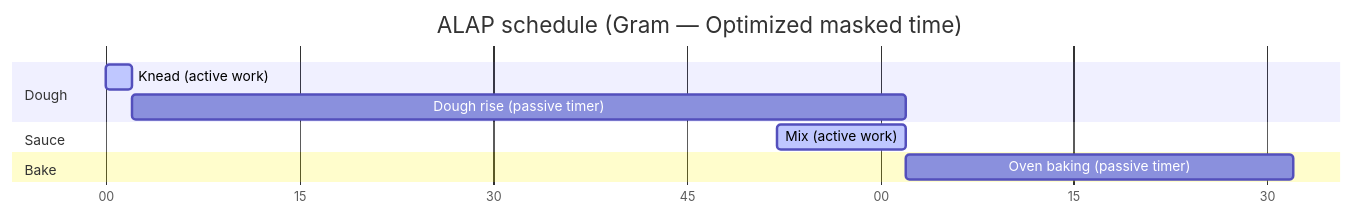
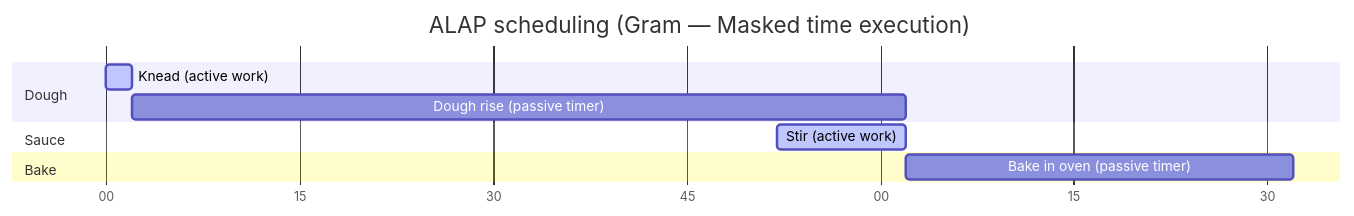
Before and after one commit to gram-lang/gram: the second of 3 diagrams in packages/docs/src/content/docs/docs/explanation/alap-scheduling.mdx, drawn with Mermaid. The commit also changed other lines of this file and 23 other files, not shown here.

````diff
--- a/packages/docs/src/content/docs/docs/explanation/alap-scheduling.mdx
+++ b/packages/docs/src/content/docs/docs/explanation/alap-scheduling.mdx
@@ -56,16 +54,16 @@
 ```mermaid
 gantt
-    title ALAP schedule (Gram — Optimized masked time)
+    title ALAP scheduling (Gram — Masked time execution)
     dateFormat  m
     axisFormat %M
     
     section Dough
     Knead (active work)                 : active, b1, 0, 2m
     Dough rise (passive timer)          : b2, after b1, 60m
     
     section Sauce
-    Mix (active work)                   : active, b3, 52, 10m
+    Stir (active work)                  : active, b3, 52, 10m
     
     section Bake
-    Oven baking (passive timer)         : b4, after b2, 30m
+    Bake in oven (passive timer)        : b4, after b2, 30m
 ```
````
